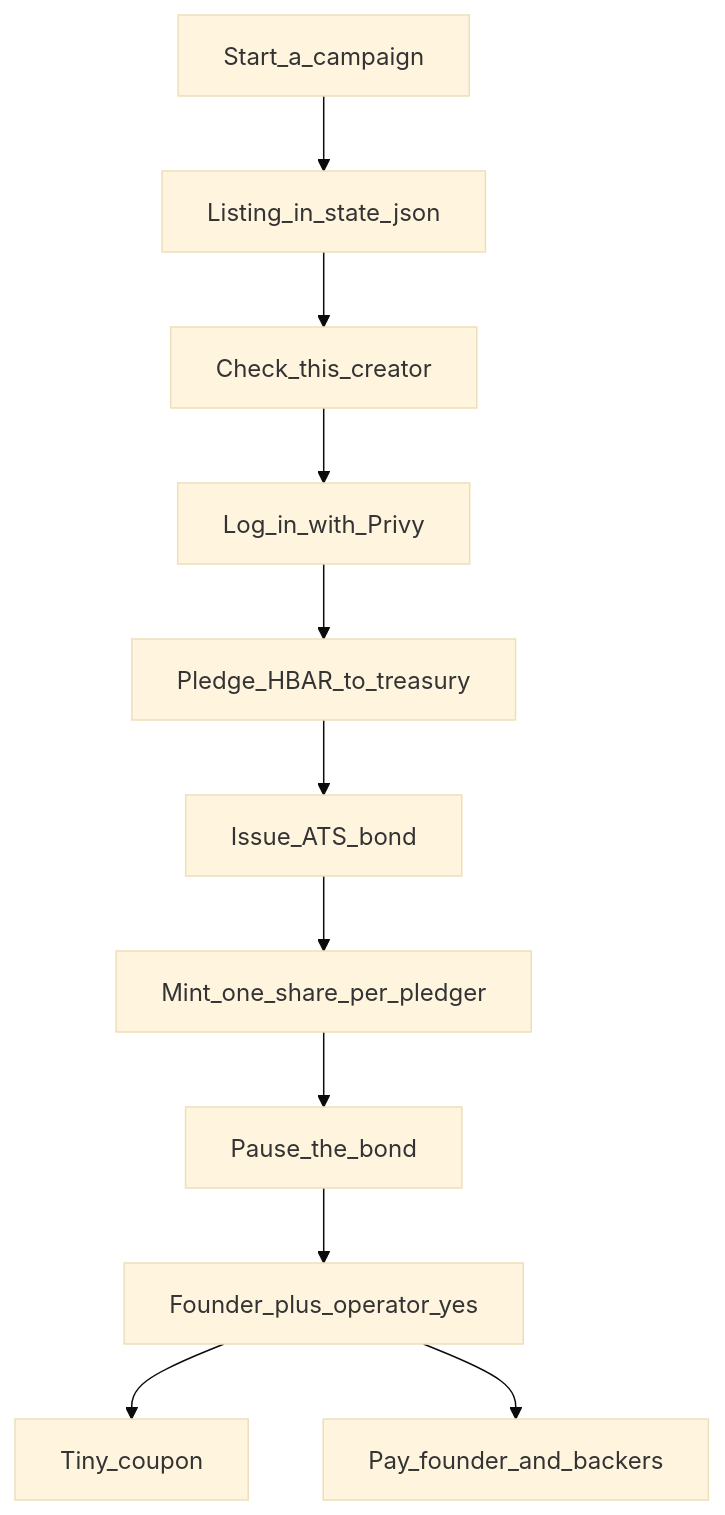
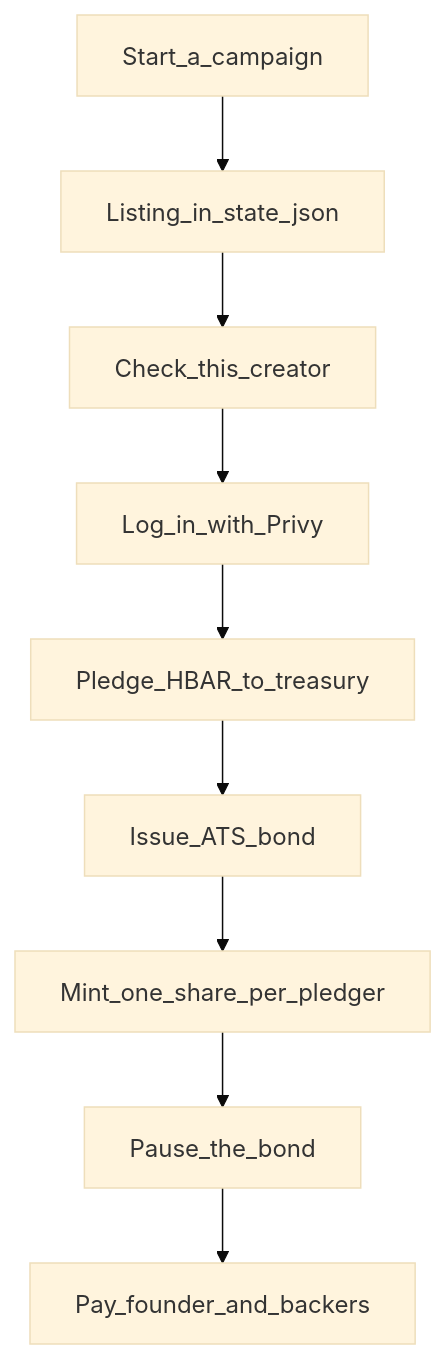
The second of 4 diagrams in docs/readme-flow.md (yabuking84/zikibols), drawn with Mermaid (base theme) before and after one commit. The commit also changed other lines of this file and 3 other files, not shown here.

````diff
--- a/docs/readme-flow.md
+++ b/docs/readme-flow.md
@@ -43,13 +43,11 @@
 ```mermaid
 flowchart TD
   start[Start_a_campaign] --> flyer[Listing_in_state_json]
   flyer --> check[Check_this_creator]
   check --> login[Log_in_with_Privy]
   login --> pledge[Pledge_HBAR_to_treasury]
   pledge --> issue[Issue_ATS_bond]
   issue --> mint[Mint_one_share_per_pledger]
   mint --> pause[Pause_the_bond]
-  pause --> approve[Founder_plus_operator_yes]
-  approve --> coupon[Tiny_coupon]
-  approve --> settle[Pay_founder_and_backers]
+  pause --> settle[Pay_founder_and_backers]
 ```
````
